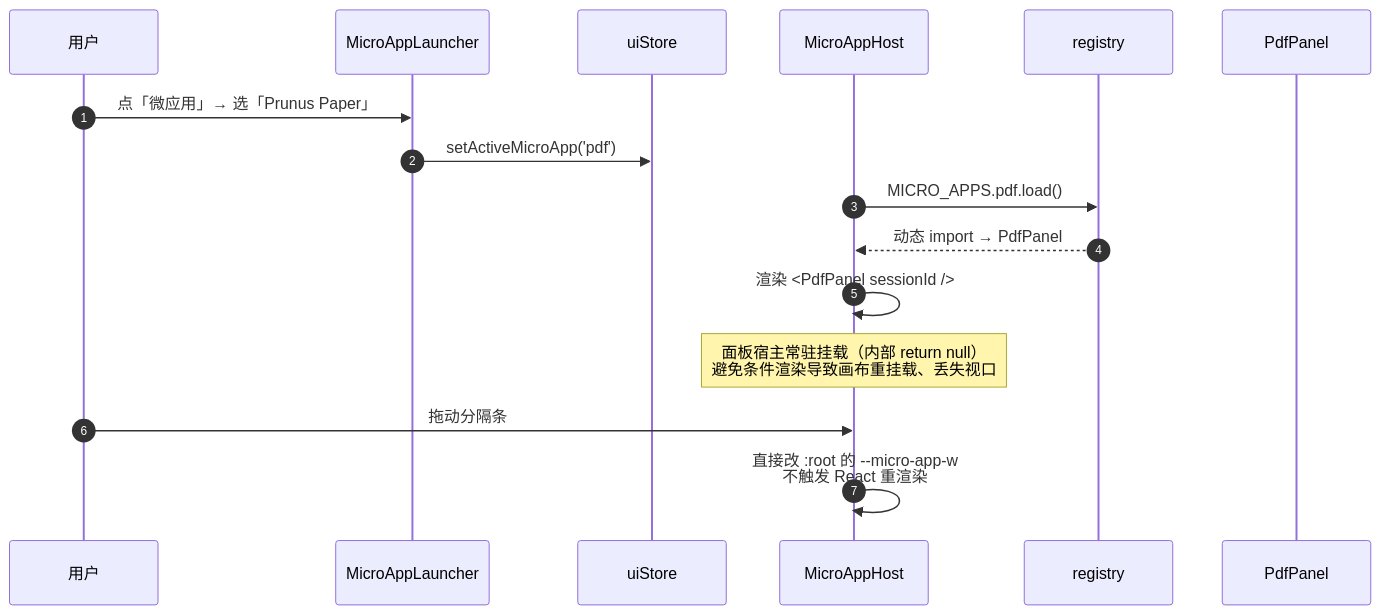
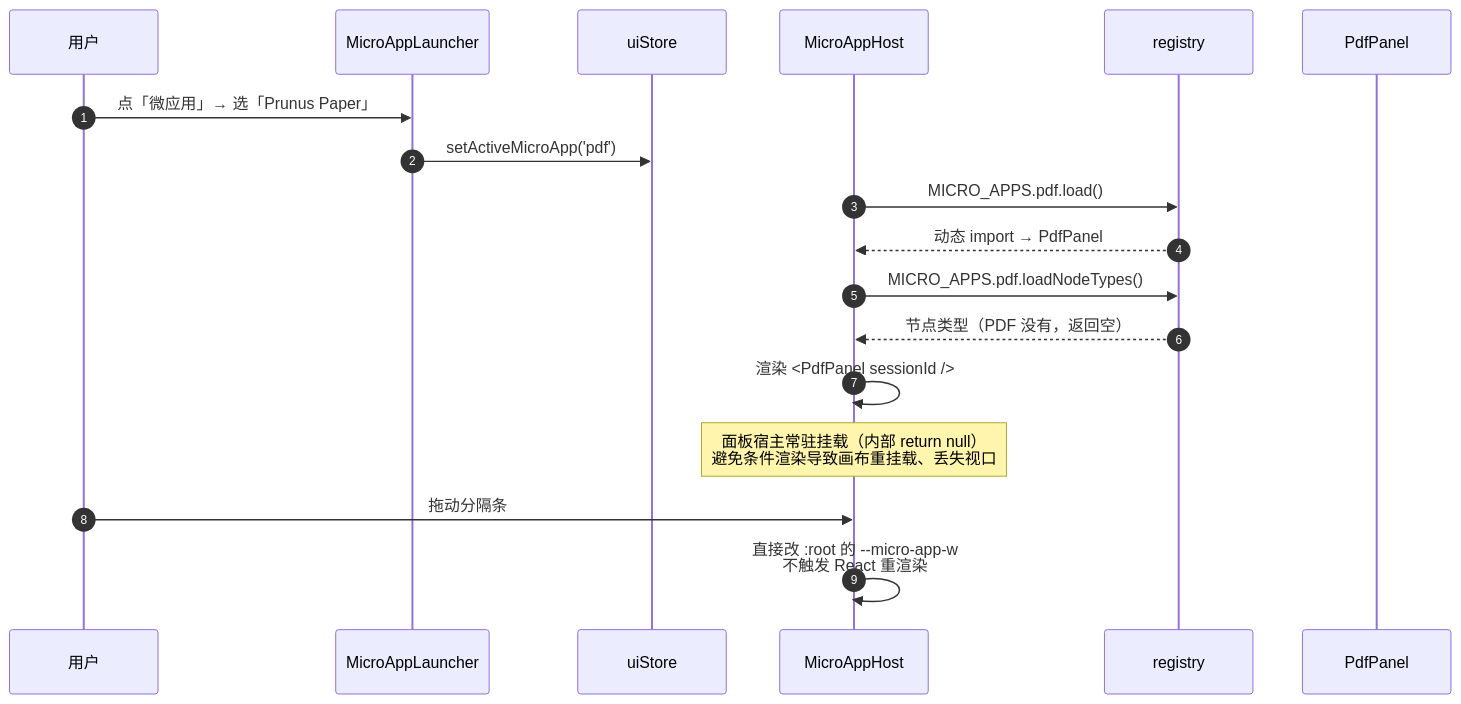
One commit to ozzzzzh/Prunus changed diagram 14 of 23 in docs/ARCHITECTURE.md. Above: the diagram before and after it, drawn with Mermaid. The commit also changed other lines of this file and 15 other files, not shown here.

````diff
--- a/docs/ARCHITECTURE.md
+++ b/docs/ARCHITECTURE.md
@@ -550,19 +555,21 @@
 ```mermaid
 sequenceDiagram
   autonumber
   participant U as 用户
   participant L as MicroAppLauncher
   participant UI as uiStore
   participant H as MicroAppHost
   participant R as registry
   participant P as PdfPanel
 
   U->>L: 点「微应用」→ 选「Prunus Paper」
   L->>UI: setActiveMicroApp('pdf')
   H->>R: MICRO_APPS.pdf.load()
   R-->>H: 动态 import → PdfPanel
+  H->>R: MICRO_APPS.pdf.loadNodeTypes()
+  R-->>H: 节点类型（PDF 没有，返回空）
   H->>H: 渲染 <PdfPanel sessionId />
   Note over H: 面板宿主常驻挂载（内部 return null）<br/>避免条件渲染导致画布重挂载、丢失视口
   U->>H: 拖动分隔条
   H->>H: 直接改 :root 的 --micro-app-w<br/>不触发 React 重渲染
 ```
````
